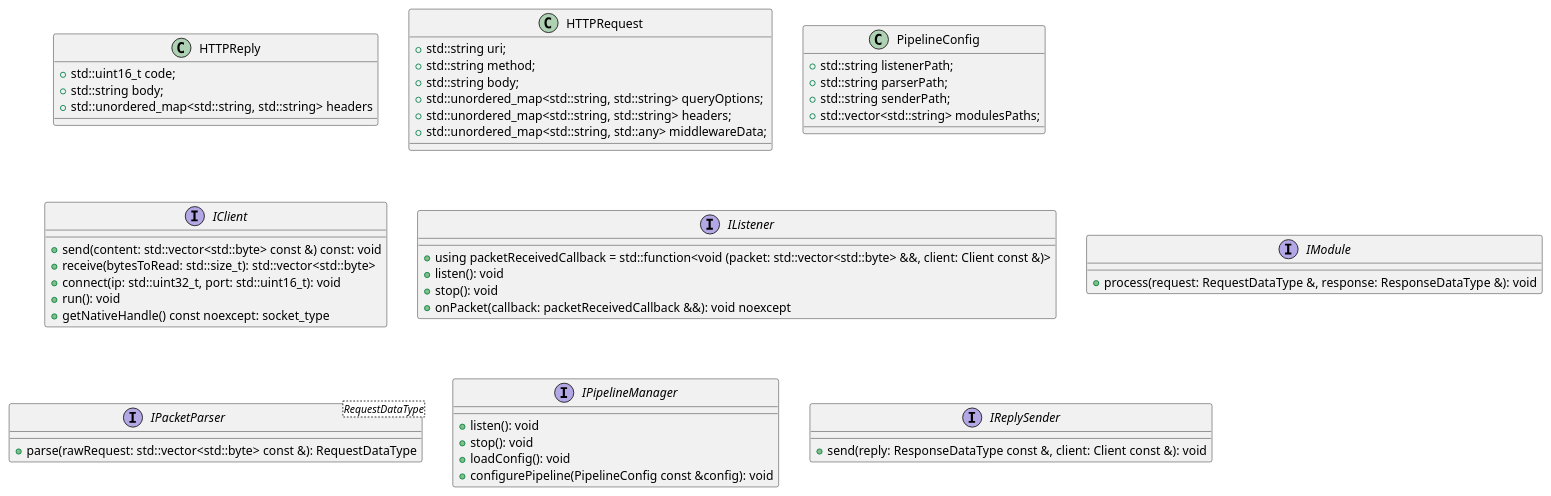
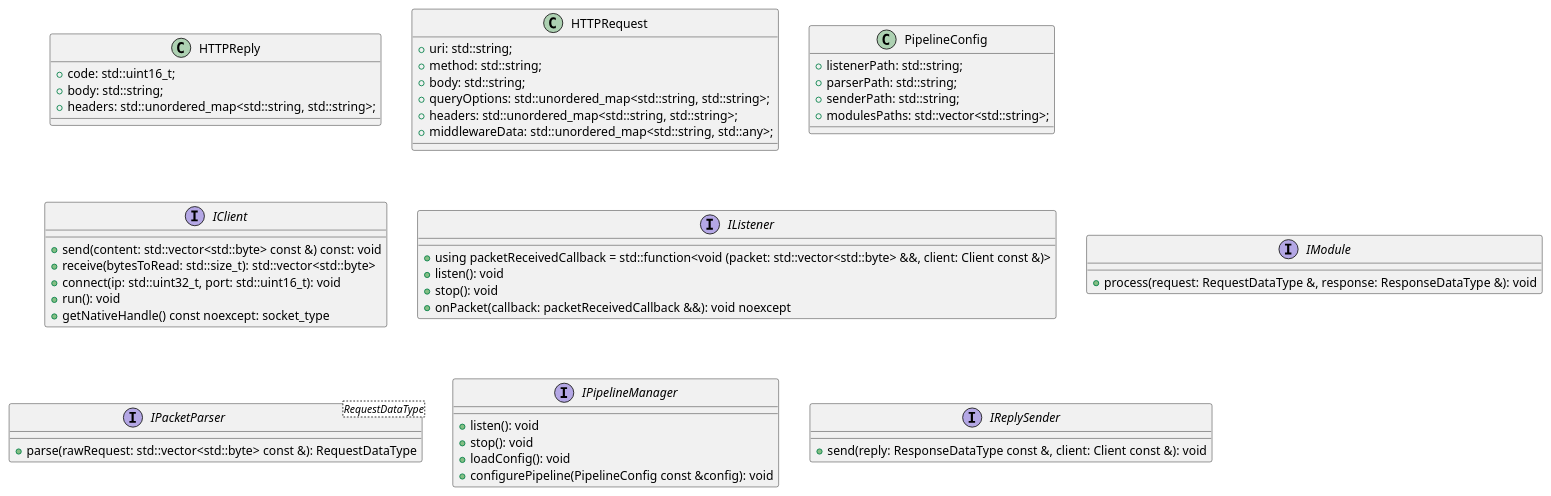
The diagram in doc/architecture.puml (aurelien-boch/ziapi), drawn with PlantUML before and after one commit.

Commit message:
fix: standardize the puml file
The puml file contained 2 different syntax which were:
- `type name`
- `name: type`
The second one is the one to apply so it's been applied to the whole
file.

```diff
--- a/doc/architecture.puml
+++ b/doc/architecture.puml
@@ -1,59 +1,59 @@
 @startuml
 
 class HTTPReply {
-    + std::uint16_t code;
-    + std::string body;
-    + std::unordered_map<std::string, std::string> headers
+    + code: std::uint16_t;
+    + body: std::string;
+    + headers: std::unordered_map<std::string, std::string>;
 }
 
 class HTTPRequest {
-    + std::string uri;
-    + std::string method;
-    + std::string body;
-    + std::unordered_map<std::string, std::string> queryOptions;
-    + std::unordered_map<std::string, std::string> headers;
-    + std::unordered_map<std::string, std::any> middlewareData;
+    + uri: std::string;
+    + method: std::string;
+    + body: std::string;
+    + queryOptions: std::unordered_map<std::string, std::string>;
+    + headers: std::unordered_map<std::string, std::string>;
+    + middlewareData: std::unordered_map<std::string, std::any>;
 }
 
 class PipelineConfig {
-    + std::string listenerPath;
-    + std::string parserPath;
-    + std::string senderPath;
-    + std::vector<std::string> modulesPaths;
+    + listenerPath: std::string;
+    + parserPath: std::string;
+    + senderPath: std::string;
+    + modulesPaths: std::vector<std::string>;
 }
 
 interface IClient {
     + send(content: std::vector<std::byte> const &) const: void
     + receive(bytesToRead: std::size_t): std::vector<std::byte>
     + connect(ip: std::uint32_t, port: std::uint16_t): void
     + run(): void
     + getNativeHandle() const noexcept: socket_type
 }
 
 interface IListener {
     + using packetReceivedCallback = std::function<void (packet: std::vector<std::byte> &&, client: Client const &)>
     + listen(): void
     + stop(): void
     + onPacket(callback: packetReceivedCallback &&): void noexcept
 }
 
 interface IModule {
     + process(request: RequestDataType &, response: ResponseDataType &): void
 }
 
 interface IPacketParser<RequestDataType> {
     + parse(rawRequest: std::vector<std::byte> const &): RequestDataType
 }
 
 interface IPipelineManager {
     + listen(): void
     + stop(): void
     + loadConfig(): void
     + configurePipeline(PipelineConfig const &config): void
 }
 
 interface IReplySender {
     + send(reply: ResponseDataType const &, client: Client const &): void
 }
 
 @enduml
```
